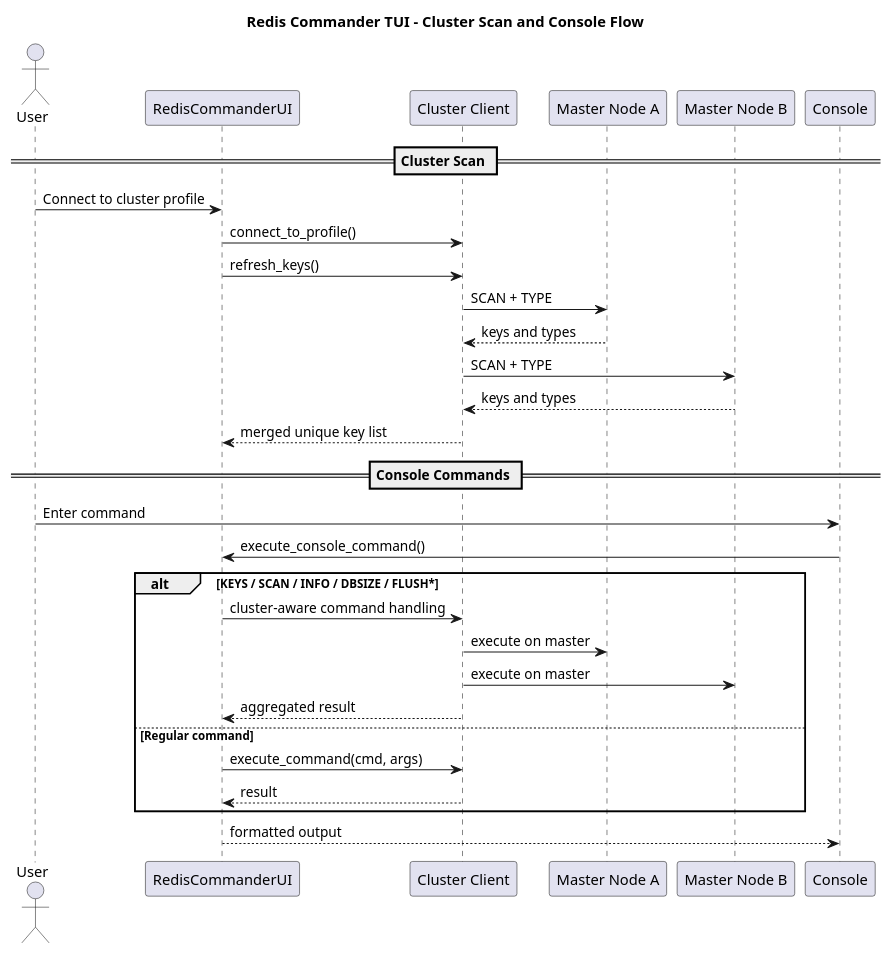
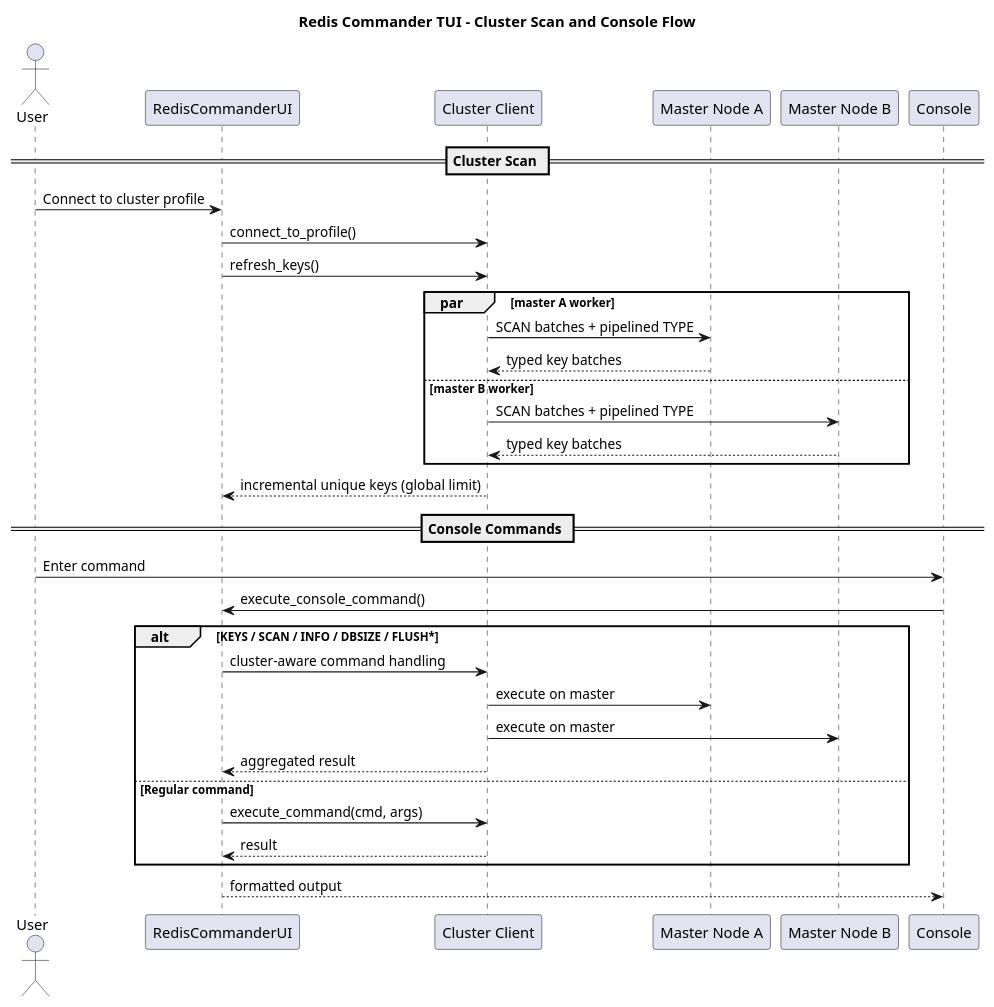
The diagram in diagramms/cluster-scan-and-console.puml (dtarasov7/redis-commander), drawn with PlantUML before and after one commit. The commit also changed 33 other files, not shown here.

```diff
--- a/diagramms/cluster-scan-and-console.puml
+++ b/diagramms/cluster-scan-and-console.puml
@@ -1,37 +1,40 @@
 @startuml
 title Redis Commander TUI - Cluster Scan and Console Flow
 
 actor User
 participant "RedisCommanderUI" as UI
 participant "Cluster Client" as Cluster
 participant "Master Node A" as NodeA
 participant "Master Node B" as NodeB
 participant "Console" as Console
 
 == Cluster Scan ==
 User -> UI: Connect to cluster profile
 UI -> Cluster: connect_to_profile()
 UI -> Cluster: refresh_keys()
-Cluster -> NodeA: SCAN + TYPE
-NodeA --> Cluster: keys and types
-Cluster -> NodeB: SCAN + TYPE
-NodeB --> Cluster: keys and types
-Cluster --> UI: merged unique key list
+par master A worker
+  Cluster -> NodeA: SCAN batches + pipelined TYPE
+  NodeA --> Cluster: typed key batches
+else master B worker
+  Cluster -> NodeB: SCAN batches + pipelined TYPE
+  NodeB --> Cluster: typed key batches
+end
+Cluster --> UI: incremental unique keys (global limit)
 
 == Console Commands ==
 User -> Console: Enter command
 Console -> UI: execute_console_command()
 
 alt KEYS / SCAN / INFO / DBSIZE / FLUSH*
   UI -> Cluster: cluster-aware command handling
   Cluster -> NodeA: execute on master
   Cluster -> NodeB: execute on master
   Cluster --> UI: aggregated result
 else Regular command
   UI -> Cluster: execute_command(cmd, args)
   Cluster --> UI: result
 end
 
 UI --> Console: formatted output
 
 @enduml
```
